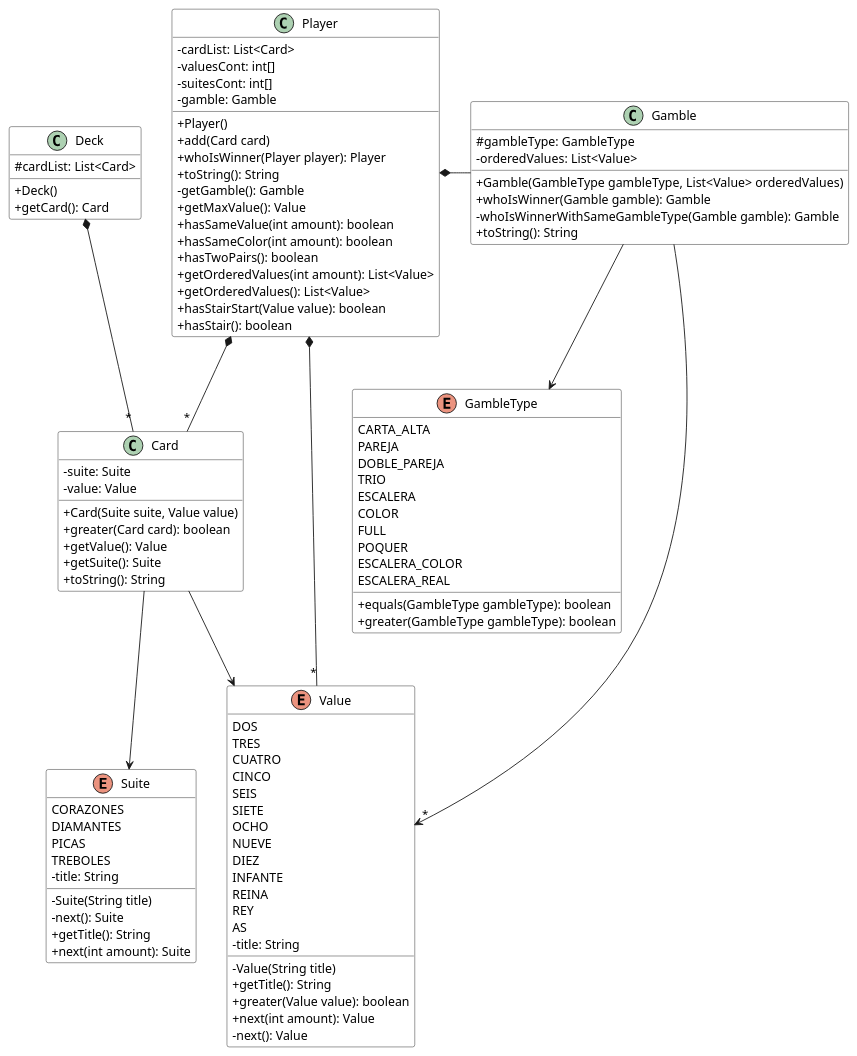
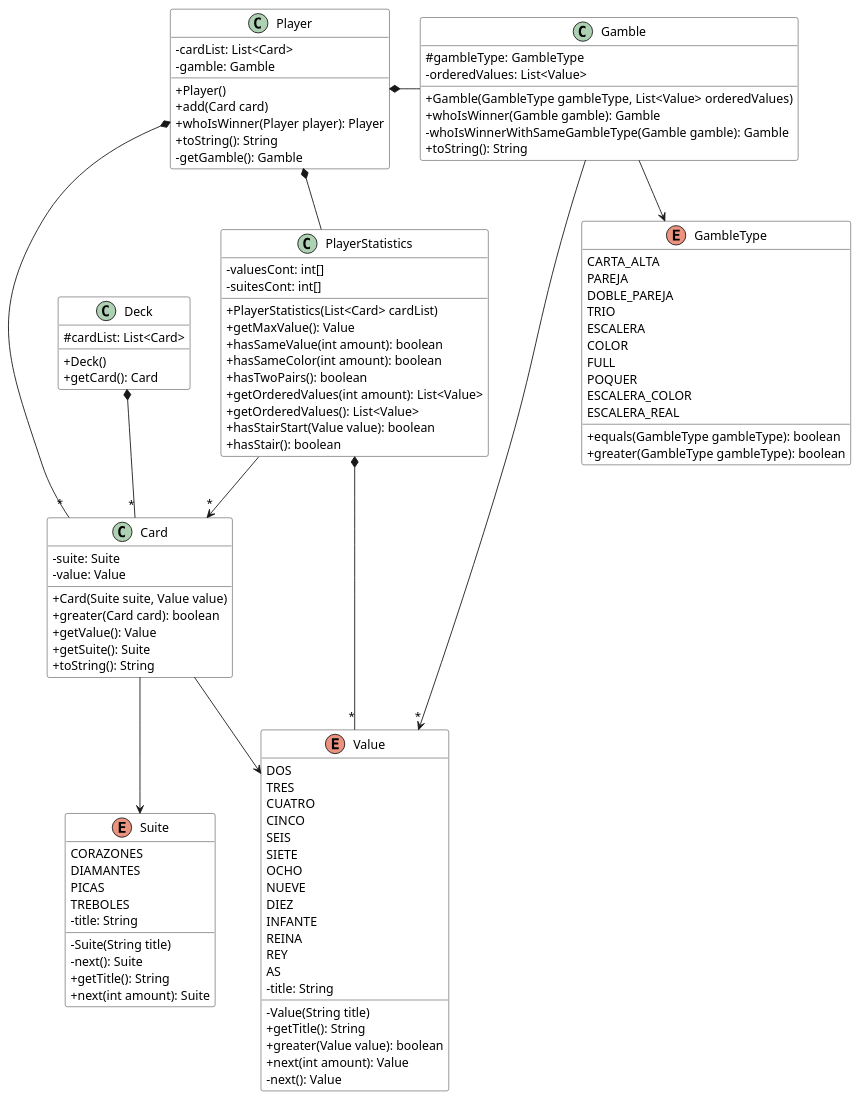
The diagram in docs/pokerClassDiagram.plantuml (mpaulaherrero/refactoring), drawn with PlantUML before and after one commit. The commit also changed 2 other files, not shown here.

Commit message:
Poker - version 03: sentencias alternativas, extraer Clase PlayerStatistics, pasar métodos getMaxValue(), hasSameValue(),  hasSameColor(), hasTwoPairs(), getOrderedValues(),  getOrderedValues(), hasStairStart(), hasStair()

```diff
--- a/docs/pokerClassDiagram.plantuml
+++ b/docs/pokerClassDiagram.plantuml
@@ -1,108 +1,114 @@
 @startuml poker
 skinparam ClassBackgroundColor white
 skinparam classAttributeIconSize 0
 show circle
 
 class Deck {
 # cardList: List<Card>
 + Deck()
 + getCard(): Card
 }
 
 class Card {
 - suite: Suite
 - value: Value
 + Card(Suite suite, Value value)
 + greater(Card card): boolean
 + getValue(): Value
 + getSuite(): Suite
 + toString(): String
 }
 
 enum GambleType {
 CARTA_ALTA
 PAREJA
 DOBLE_PAREJA
 TRIO
 ESCALERA
 COLOR
 FULL
 POQUER
 ESCALERA_COLOR
 ESCALERA_REAL
 + equals(GambleType gambleType): boolean
 + greater(GambleType gambleType): boolean
 }
 
 class Player {
 - cardList: List<Card>
-- valuesCont: int[]
-- suitesCont: int[]
 - gamble: Gamble
 + Player()
 + add(Card card)
 + whoIsWinner(Player player): Player
 + toString(): String
 - getGamble(): Gamble
-+ getMaxValue(): Value
-+ hasSameValue(int amount): boolean
-+ hasSameColor(int amount): boolean
-+ hasTwoPairs(): boolean
-+ getOrderedValues(int amount): List<Value>
-+ getOrderedValues(): List<Value>
-+ hasStairStart(Value value): boolean
-+ hasStair(): boolean
 }
 
 enum Suite {
 CORAZONES
 DIAMANTES
 PICAS
 TREBOLES
 - title: String
 - Suite(String title)
 - next(): Suite
 + getTitle(): String
 + next(int amount): Suite
 }
 
 enum Value{
 DOS
 TRES
 CUATRO
 CINCO
 SEIS
 SIETE
 OCHO
 NUEVE
 DIEZ
 INFANTE
 REINA
 REY
 AS
 - title: String
 - Value(String title)
 + getTitle(): String
 + greater(Value value): boolean
 + next(int amount): Value
 - next(): Value
 }
 
 class Gamble {
 # gambleType: GambleType
 - orderedValues: List<Value>
 + Gamble(GambleType gambleType, List<Value> orderedValues)
 + whoIsWinner(Gamble gamble): Gamble
 - whoIsWinnerWithSameGambleType(Gamble gamble): Gamble
 + toString(): String
 }
 
+class PlayerStatistics {
+- valuesCont: int[]
+- suitesCont: int[]
++ PlayerStatistics(List<Card> cardList)
++ getMaxValue(): Value
++ hasSameValue(int amount): boolean
++ hasSameColor(int amount): boolean
++ hasTwoPairs(): boolean
++ getOrderedValues(int amount): List<Value>
++ getOrderedValues(): List<Value>
++ hasStairStart(Value value): boolean
++ hasStair(): boolean
+}
+
 Deck *-d- "*" Card
 Player *-d- "*" Card
-Player *-d- "*" Value
 Player *-r- Gamble
+Player *-d- PlayerStatistics
+PlayerStatistics -d-> "*" Card
+PlayerStatistics *-d- "*" Value
 Gamble -d-> GambleType
 Gamble -d-> "*" Value
 Card -d-> Value
 Card -d-> Suite
 @enduml
```
